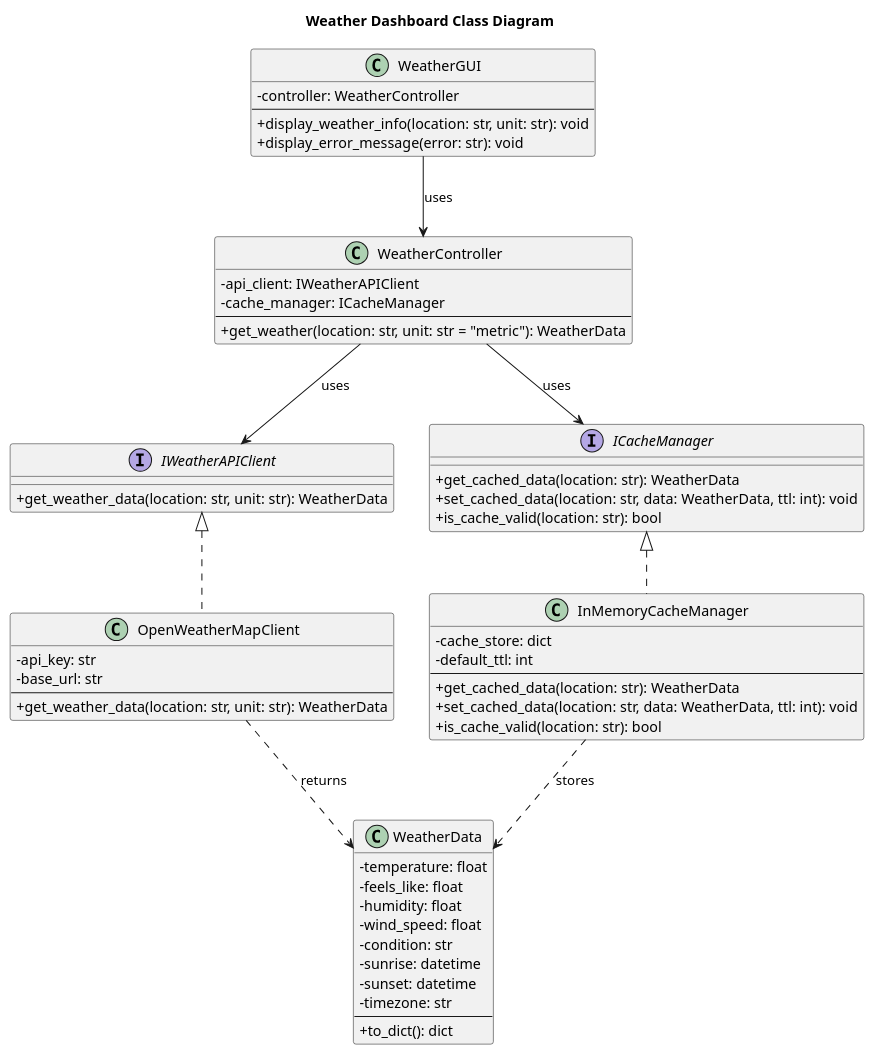
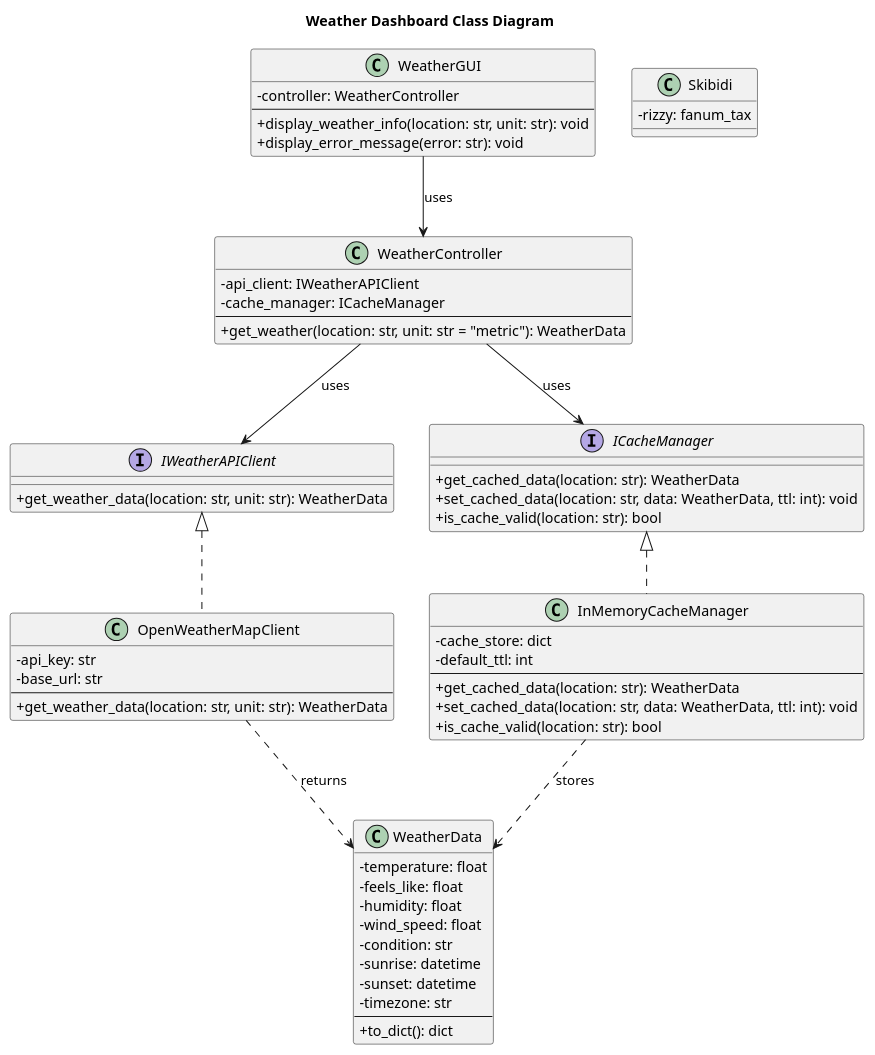
The diagram in src/Diagram.puml (BenGhad/BeenWeatherBoard), drawn with PlantUML before and after one commit. The commit also changed 9 other files, not shown here.

```diff
--- a/src/Diagram.puml
+++ b/src/Diagram.puml
@@ -1,72 +1,74 @@
 @startuml
 
 skinparam classAttributeIconSize 0
 
 title Weather Dashboard Class Diagram
 
 ' Interfaces/abstract classes
 interface IWeatherAPIClient {
   + get_weather_data(location: str, unit: str): WeatherData
 }
 
 interface ICacheManager {
   + get_cached_data(location: str): WeatherData
   + set_cached_data(location: str, data: WeatherData, ttl: int): void
   + is_cache_valid(location: str): bool
 }
-
+class Skibidi{
+    - rizzy: fanum_tax
+}
 ' Data Model for weather
 class WeatherData {
   - temperature: float
   - feels_like: float
   - humidity: float
   - wind_speed: float
   - condition: str
   - sunrise: datetime
   - sunset: datetime
   - timezone: str
   --
   + to_dict(): dict
 }
 
 ' Concrete class for API client
 class OpenWeatherMapClient implements IWeatherAPIClient {
   - api_key: str
   - base_url: str
   --
   + get_weather_data(location: str, unit: str): WeatherData
 }
 
 ' Concrete class for cache management
 class InMemoryCacheManager implements ICacheManager {
   - cache_store: dict
   - default_ttl: int
   --
   + get_cached_data(location: str): WeatherData
   + set_cached_data(location: str, data: WeatherData, ttl: int): void
   + is_cache_valid(location: str): bool
 }
 
 ' Controller (the "brain" of the application)
 class WeatherController {
   - api_client: IWeatherAPIClient
   - cache_manager: ICacheManager
   --
   + get_weather(location: str, unit: str = "metric"): WeatherData
 }
 
 ' GUI / Web Frontend
 class WeatherGUI {
   - controller: WeatherController
   --
   + display_weather_info(location: str, unit: str): void
   + display_error_message(error: str): void
 }
 
 ' Relationships
 WeatherController --> IWeatherAPIClient : uses
 WeatherController --> ICacheManager : uses
 WeatherGUI --> WeatherController : uses
 OpenWeatherMapClient ..> WeatherData : returns
 InMemoryCacheManager ..> WeatherData : stores
 @enduml
```
